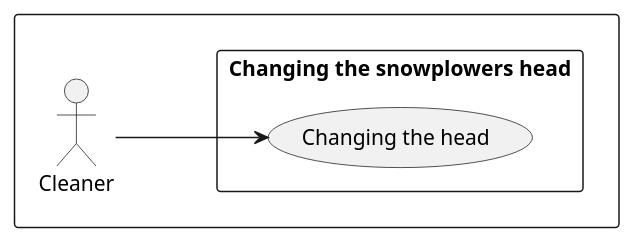
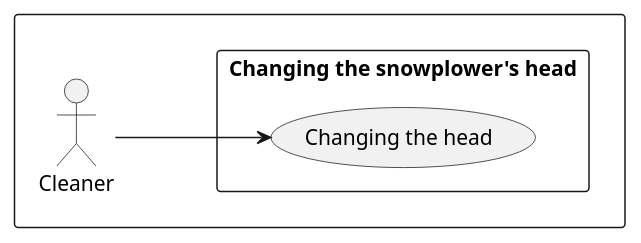
One commit to MiklosBacsi/Hokotro changed the diagram in UML/5. beadandó/Use-case diagram/headchange.puml. Above: the diagram before and after it, drawn with PlantUML. The commit also changed 1 other file, not shown here.

```diff
--- a/UML/5. beadandó/Use-case diagram/headchange.puml
+++ b/UML/5. beadandó/Use-case diagram/headchange.puml
@@ -1,13 +1,13 @@
 @startuml
 rectangle {
 left to right direction
 
 actor Cleaner as C
 
-rectangle "Changing the snowplowers head" {
+rectangle "Changing the snowplower's head" {
     (Changing the head)    as cth
 }
 
 C --> cth
 }
 @enduml
```
